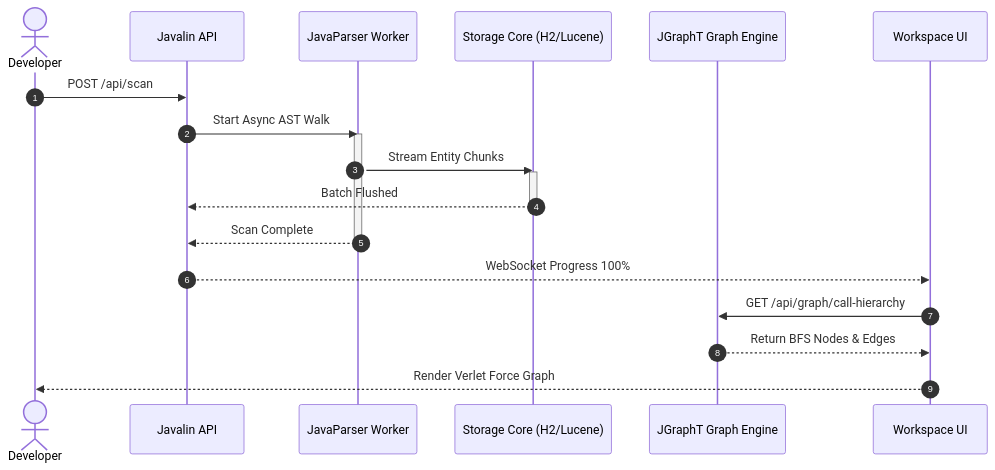
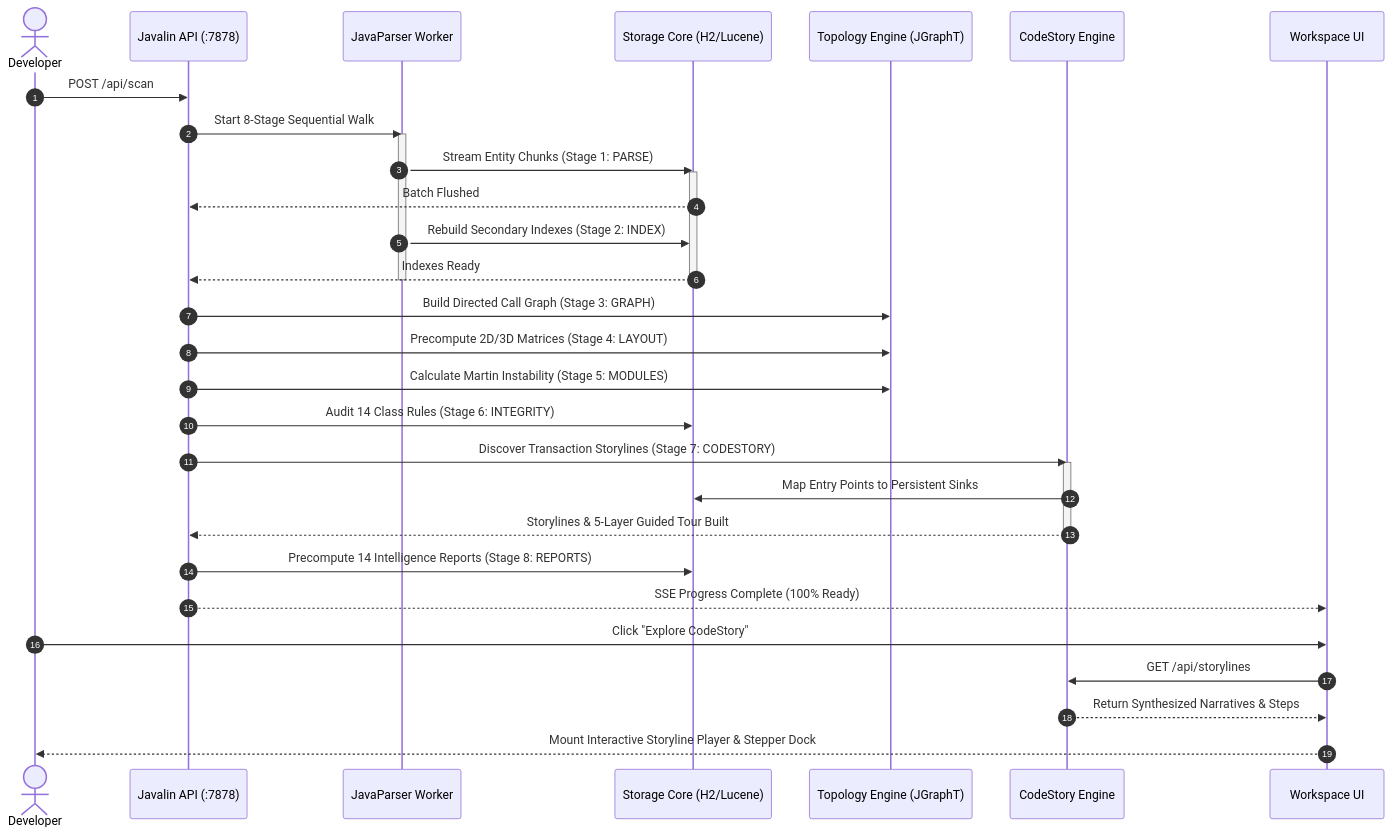
Before and after one commit to manvenpratap/codelens: the third of 5 diagrams in PROJECT_CONTEXT.md, drawn with Mermaid. The commit also changed other lines of this file and 24 other files, not shown here.

Commit message:
docs: update archify diagrams, readme, project context, and create github wiki suite

````diff
--- a/PROJECT_CONTEXT.md
+++ b/PROJECT_CONTEXT.md
@@ -62,24 +77,41 @@
 ```mermaid
 sequenceDiagram
     autonumber
     actor Dev as Developer
-    participant API as Javalin API
+    participant API as Javalin API (:7878)
     participant Parser as JavaParser Worker
     participant DB as Storage Core (H2/Lucene)
-    participant Graph as JGraphT Graph Engine
+    participant Graph as Topology Engine (JGraphT)
+    participant Story as CodeStory Engine
     participant UI as Workspace UI
 
     Dev->>API: POST /api/scan
-    API->>Parser: Start Async AST Walk
+    API->>Parser: Start 8-Stage Sequential Walk
     activate Parser
-    Parser->>DB: Stream Entity Chunks
+    Parser->>DB: Stream Entity Chunks (Stage 1: PARSE)
     activate DB
     DB-->>API: Batch Flushed
+    Parser->>DB: Rebuild Secondary Indexes (Stage 2: INDEX)
+    DB-->>API: Indexes Ready
     deactivate DB
-    Parser-->>API: Scan Complete
     deactivate Parser
-    API-->>UI: WebSocket Progress 100%
-    UI->>Graph: GET /api/graph/call-hierarchy
-    Graph-->>UI: Return BFS Nodes & Edges
-    UI-->>Dev: Render Verlet Force Graph
+
+    API->>Graph: Build Directed Call Graph (Stage 3: GRAPH)
+    API->>Graph: Precompute 2D/3D Matrices (Stage 4: LAYOUT)
+    API->>Graph: Calculate Martin Instability (Stage 5: MODULES)
+    API->>DB: Audit 14 Class Rules (Stage 6: INTEGRITY)
+    
+    API->>Story: Discover Transaction Storylines (Stage 7: CODESTORY)
+    activate Story
+    Story->>DB: Map Entry Points to Persistent Sinks
+    Story-->>API: Storylines & 5-Layer Guided Tour Built
+    deactivate Story
+
+    API->>DB: Precompute 14 Intelligence Reports (Stage 8: REPORTS)
+    API-->>UI: SSE Progress Complete (100% Ready)
+    
+    Dev->>UI: Click "Explore CodeStory"
+    UI->>Story: GET /api/storylines
+    Story-->>UI: Return Synthesized Narratives & Steps
+    UI-->>Dev: Mount Interactive Storyline Player & Stepper Dock
 ```
````
